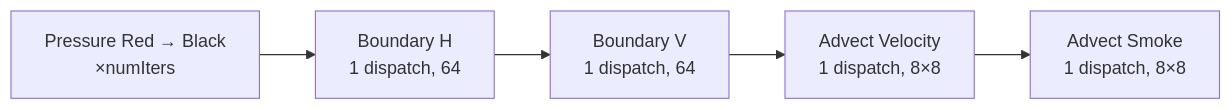
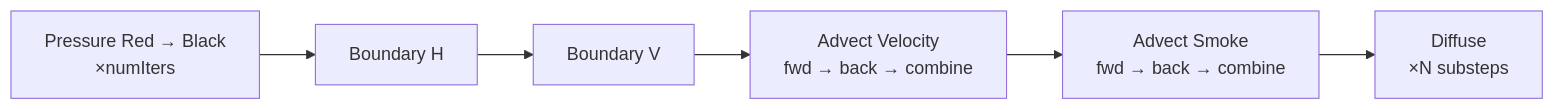
The diagram in docs/gpu-pipeline.md (palsagar/webgpu-fluid-solver), drawn with Mermaid before and after one commit. The commit also changed other lines of this file and 32 other files, not shown here.

````diff
--- a/docs/gpu-pipeline.md
+++ b/docs/gpu-pipeline.md
@@ -48,7 +62,8 @@
 ```mermaid
 graph LR
-    B["Pressure Red → Black<br/>×numIters"] --> C[Boundary H<br/>1 dispatch, 64]
-    C --> D[Boundary V<br/>1 dispatch, 64]
-    D --> E[Advect Velocity<br/>1 dispatch, 8×8]
-    E --> F[Advect Smoke<br/>1 dispatch, 8×8]
+    B["Pressure Red → Black<br/>×numIters"] --> C[Boundary H]
+    C --> D[Boundary V]
+    D --> E["Advect Velocity<br/>fwd → back → combine"]
+    E --> F["Advect Smoke<br/>fwd → back → combine"]
+    F --> G["Diffuse<br/>×N substeps"]
 ```
````
